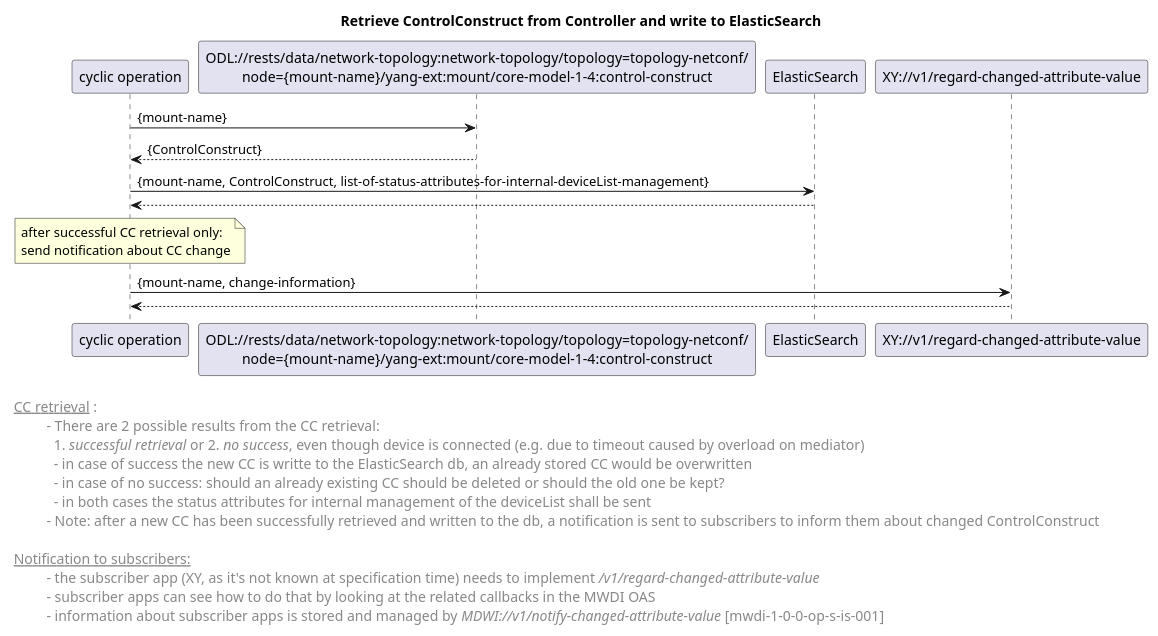
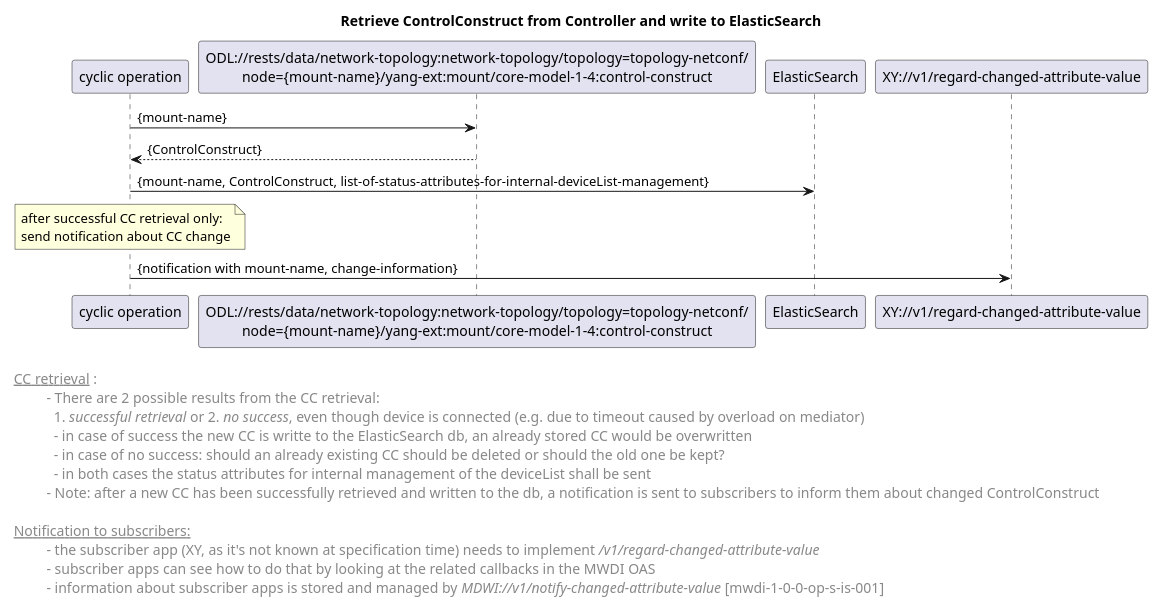
One commit to openBackhaul/MicroWaveDeviceInventory changed the diagram in spec/diagrams/03x_forwardingCyclicOperationRetrieveControlConstruct.plantuml. Above: the diagram before and after it, drawn with PlantUML. The commit also changed 6 other files, not shown here.

```diff
--- a/spec/diagrams/03x_forwardingCyclicOperationRetrieveControlConstruct.plantuml
+++ b/spec/diagrams/03x_forwardingCyclicOperationRetrieveControlConstruct.plantuml
@@ -1,54 +1,53 @@
 @startuml
 skinparam responseMessageBelowArrow true
 skinparam guillemet [ ]
 skinparam participant {
   StereotypeFontSize 12  
 }
 hide stereotype
 
 title Retrieve ControlConstruct from Controller and write to ElasticSearch
 
 'participants
 participant "cyclic operation" as cyclicop
 participant "ODL://rests/data/network-topology:network-topology/topology=topology-netconf/\nnode={mount-name}/yang-ext:mount/core-model-1-4:control-construct" as odlcc <<mwdi-1-0-0-op-c-is-c-4-0-2-010>>
 participant "ElasticSearch" as es <<mwdi-1-0-0-es-c-es-1-0-0-000>>
 participant "XY://v1/regard-changed-attribute-value" as notification <<mwdi-1-0-0-op-c-is-xy-1-0-0-000>>
 
 cyclicop -> odlcc: {mount-name}
 odlcc --> cyclicop: {ControlConstruct}
 
 
 cyclicop -> es: {mount-name, ControlConstruct, list-of-status-attributes-for-internal-deviceList-management}
-es --> cyclicop
 
 note over cyclicop: after successful CC retrieval only: \nsend notification about CC change
 
-cyclicop -> notification: {mount-name, change-information}
-notification --> cyclicop
+cyclicop -> notification: {notification with mount-name, change-information}
+
 
 
 left footer 
 
 <u> CC retrieval </u>:
 \t  - There are 2 possible results from the CC retrieval: 
 \t    1. <i>successful retrieval</i> or 2. <i>no success</i>, even though device is connected (e.g. due to timeout caused by overload on mediator)
 \t    - in case of success the new CC is writte to the ElasticSearch db, an already stored CC would be overwritten
 \t    - in case of no success: should an already existing CC should be deleted or should the old one be kept?
 \t    - in both cases the status attributes for internal management of the deviceList shall be sent
 \t  - Note: after a new CC has been successfully retrieved and written to the db, a notification is sent to subscribers to inform them about changed ControlConstruct
 
 <u> Notification to subscribers: </u>
 \t  - the subscriber app (XY, as it's not known at specification time) needs to implement <i>/v1/regard-changed-attribute-value</i>
 \t  - subscriber apps can see how to do that by looking at the related callbacks in the MWDI OAS 
 \t  - information about subscriber apps is stored and managed by <i>MDWI://v1/notify-changed-attribute-value</i> [mwdi-1-0-0-op-s-is-001]
 end footer
 
 <style>
 footer {
   HorizontalAlignment left
   FontSize 14
 }
 </style>
 
 
 @enduml
```
